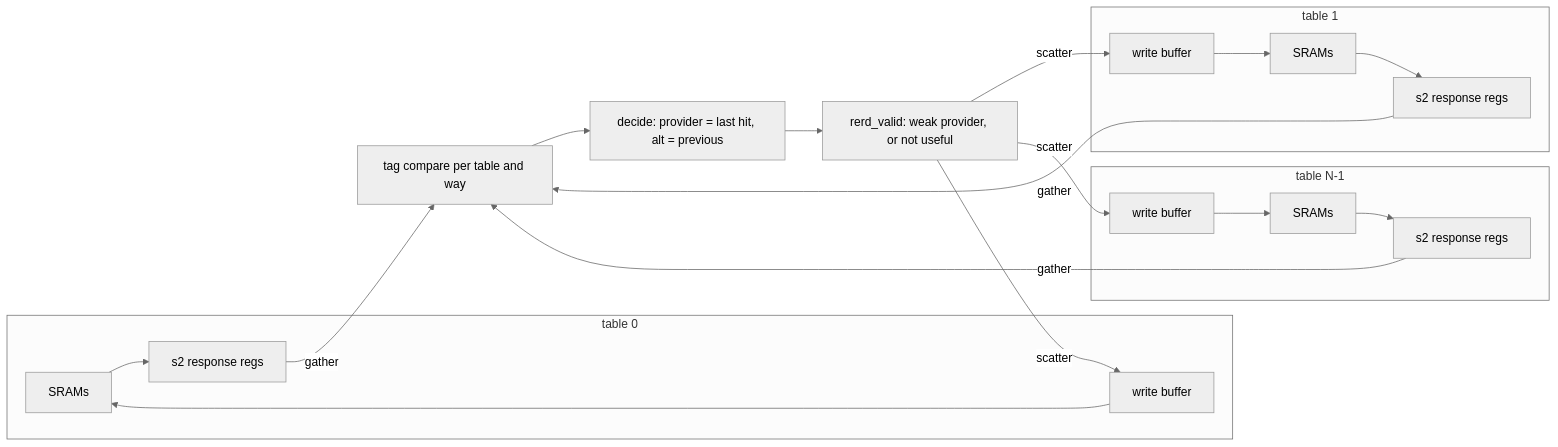
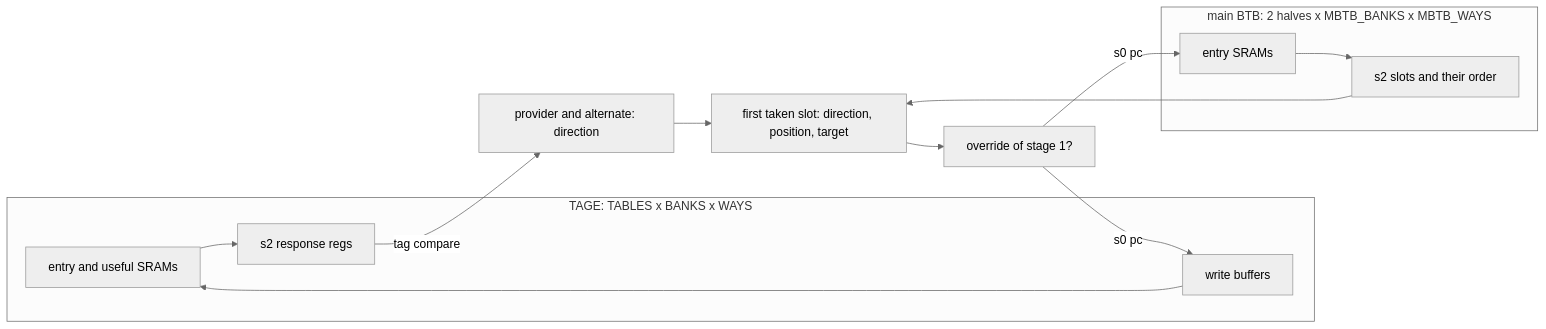
One commit to The-OpenROAD-Project/bazel-orfs changed the first of 2 diagrams in flow/designs/asap7/tage_update/README.md. Above: the diagram before and after it, drawn with Mermaid (neutral theme). The commit also changed other lines of this file and 9 other files, not shown here.

````diff
--- a/flow/designs/asap7/tage_update/README.md
+++ b/flow/designs/asap7/tage_update/README.md
@@ -15,19 +26,16 @@
 ```mermaid
 flowchart LR
-  subgraph T0[table 0]
-    S0[SRAMs] --> R0[s2 response regs]
-    WB0[write buffer] --> S0
+  subgraph TAGE[TAGE: TABLES x BANKS x WAYS]
+    TS[entry and useful SRAMs] --> TR[s2 response regs]
+    WB[write buffers] --> TS
   end
-  subgraph T1[table 1]
-    S1[SRAMs] --> R1[s2 response regs]
-    WB1[write buffer] --> S1
+  subgraph MBTB[main BTB: 2 halves x MBTB_BANKS x MBTB_WAYS]
+    MS[entry SRAMs] --> MR[s2 slots and their order]
   end
-  subgraph TN[table N-1]
-    SN[SRAMs] --> RN[s2 response regs]
-    WBN[write buffer] --> SN
-  end
-  R0 & R1 & RN -->|gather| H[tag compare per table and way]
-  H --> D[decide: provider = last hit, alt = previous]
-  D --> RR[rerd_valid: weak provider, or not useful]
-  RR -->|scatter| WB0 & WB1 & WBN
+  TR -->|tag compare| D[provider and alternate: direction]
+  D --> C
+  MR --> C[first taken slot: direction, position, target]
+  C --> O[override of stage 1?]
+  O -->|s0 pc| WB
+  O -->|s0 pc| MS
 ```
````
